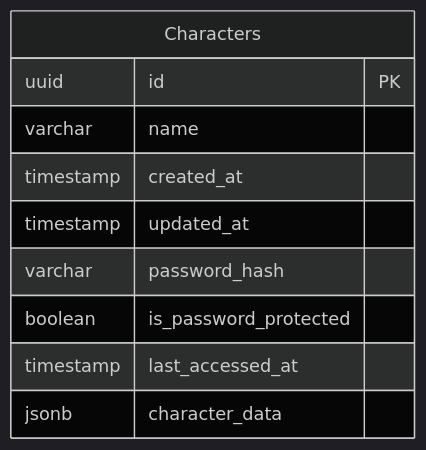
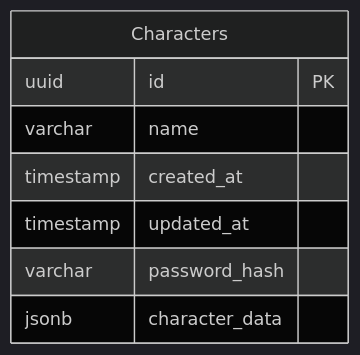
One commit to hibohiboo/age-of-hero changed the diagram in specs/001-trpg-age-of/data-model.md. Above: the diagram before and after it, drawn with Mermaid (dark theme). The commit also changed other lines of this file and 9 other files, not shown here.

````diff
--- a/specs/001-trpg-age-of/data-model.md
+++ b/specs/001-trpg-age-of/data-model.md
@@ -20,13 +20,11 @@
 ```mermaid
 erDiagram
     Characters {
         uuid id PK
         varchar name
         timestamp created_at
         timestamp updated_at
         varchar password_hash
-        boolean is_password_protected
-        timestamp last_accessed_at
         jsonb character_data
     }
 ```
````
